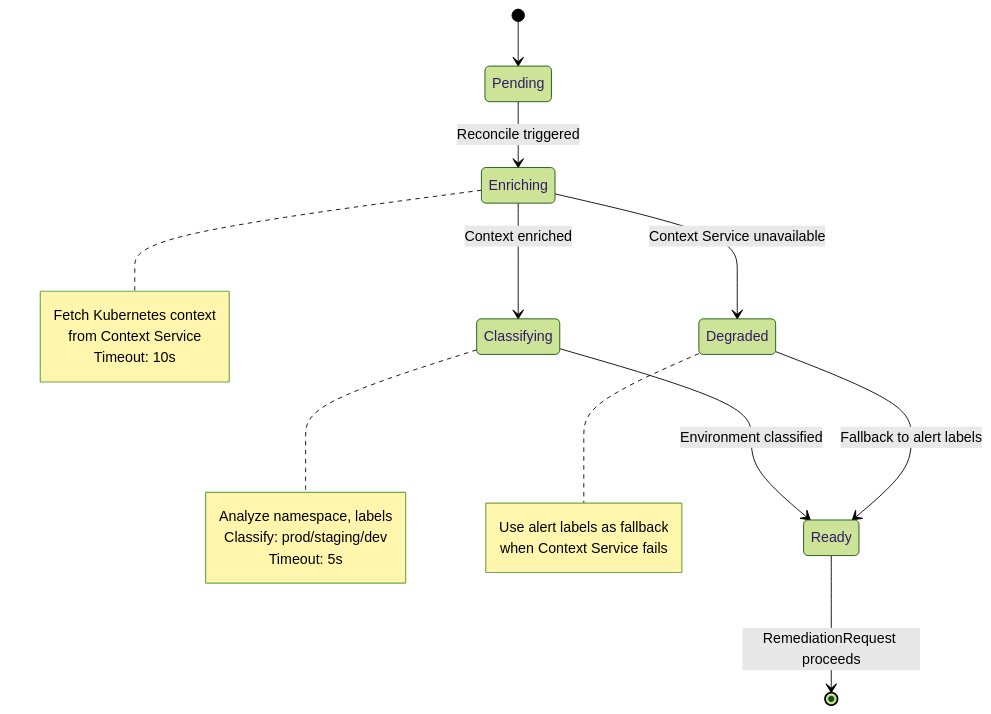
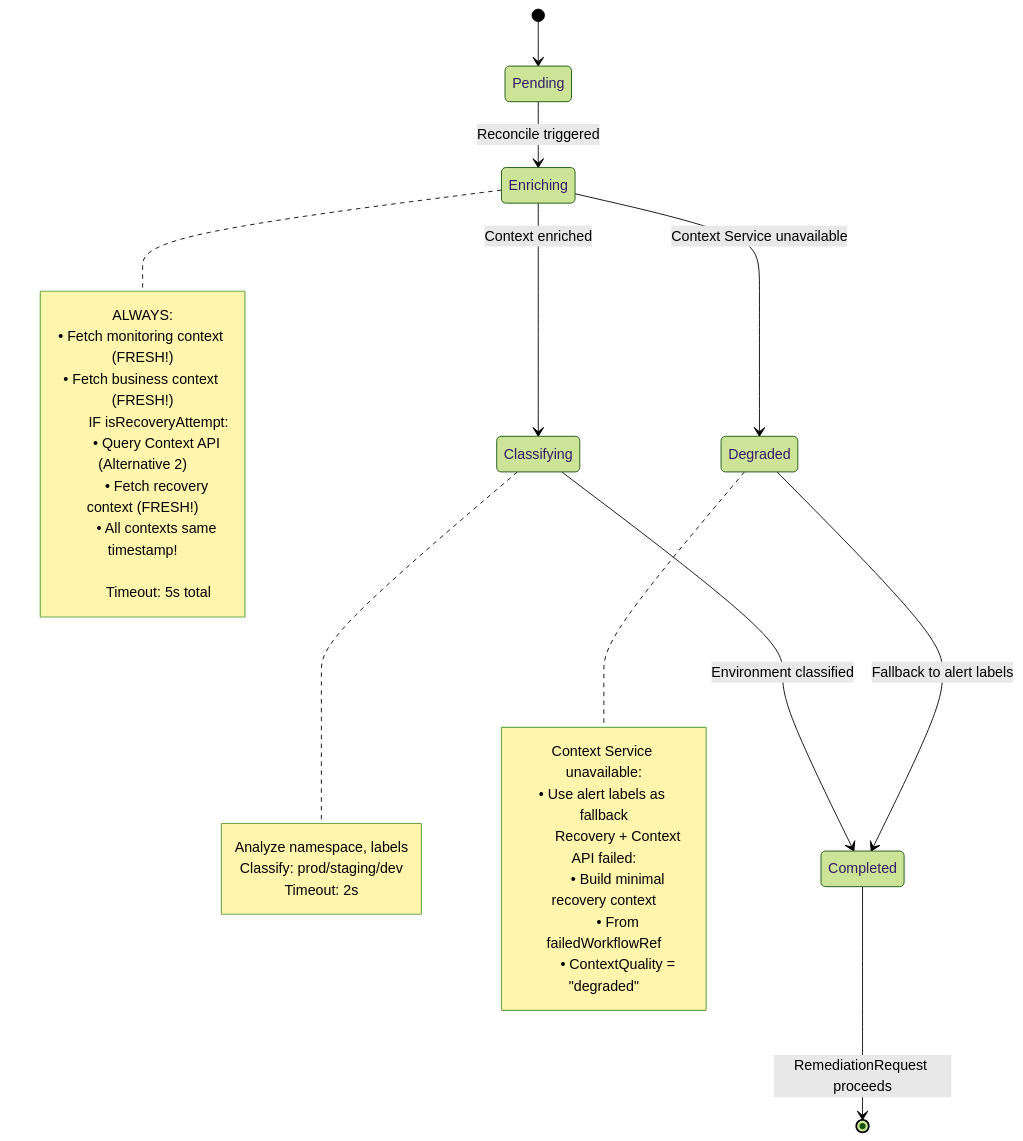
Before and after one commit to jordigilh/kubernaut: the third of 3 diagrams in docs/services/crd-controllers/01-remediationprocessor/overview.md, drawn with Mermaid (forest theme). The commit also changed other lines of this file and 9 other files, not shown here.

````diff
--- a/docs/services/crd-controllers/01-remediationprocessor/overview.md
+++ b/docs/services/crd-controllers/01-remediationprocessor/overview.md
@@ -190,27 +213,39 @@
 ```mermaid
 stateDiagram-v2
     [*] --> Pending
     Pending --> Enriching: Reconcile triggered
     Enriching --> Classifying: Context enriched
     Enriching --> Degraded: Context Service unavailable
-    Classifying --> Ready: Environment classified
-    Degraded --> Ready: Fallback to alert labels
-    Ready --> [*]: RemediationRequest proceeds
+    Classifying --> Completed: Environment classified
+    Degraded --> Completed: Fallback to alert labels
+    Completed --> [*]: RemediationRequest proceeds
 
     note right of Enriching
-        Fetch Kubernetes context
-        from Context Service
-        Timeout: 10s
+        ALWAYS:
+        • Fetch monitoring context (FRESH!)
+        • Fetch business context (FRESH!)
+
+        IF isRecoveryAttempt:
+        • Query Context API (Alternative 2)
+        • Fetch recovery context (FRESH!)
+        • All contexts same timestamp!
+
+        Timeout: 5s total
     end note
 
     note right of Classifying
         Analyze namespace, labels
         Classify: prod/staging/dev
-        Timeout: 5s
+        Timeout: 2s
     end note
 
     note right of Degraded
-        Use alert labels as fallback
-        when Context Service fails
+        Context Service unavailable:
+        • Use alert labels as fallback
+
+        Recovery + Context API failed:
+        • Build minimal recovery context
+        • From failedWorkflowRef
+        • ContextQuality = "degraded"
     end note
 ```
````
